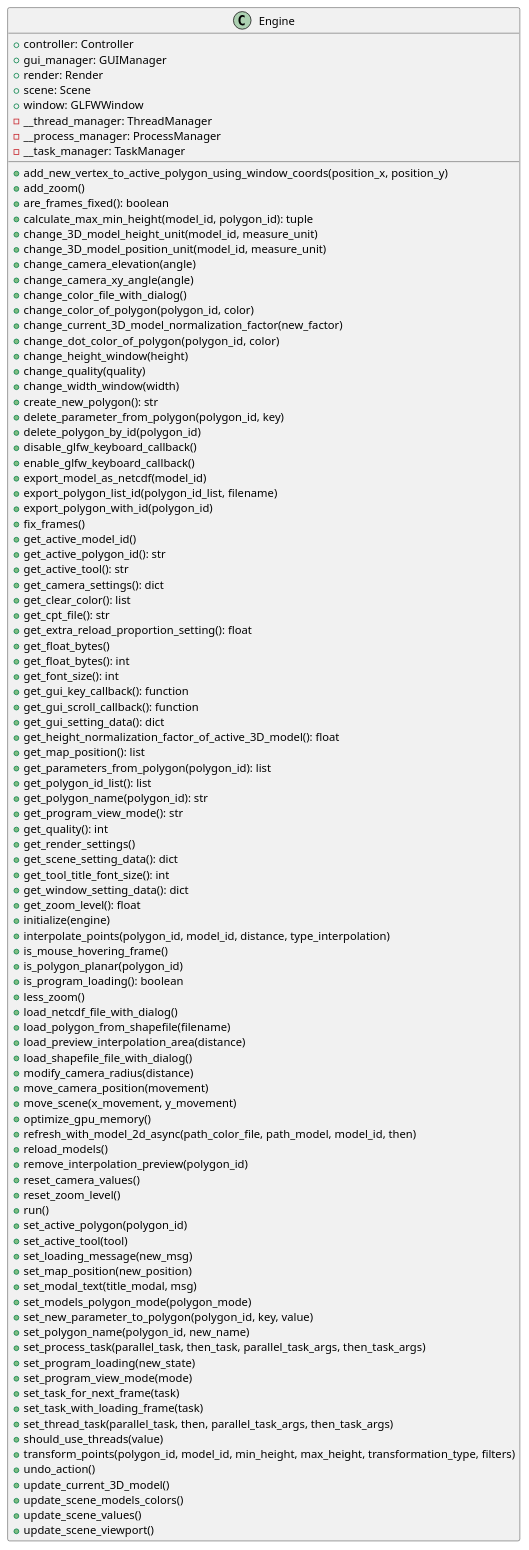
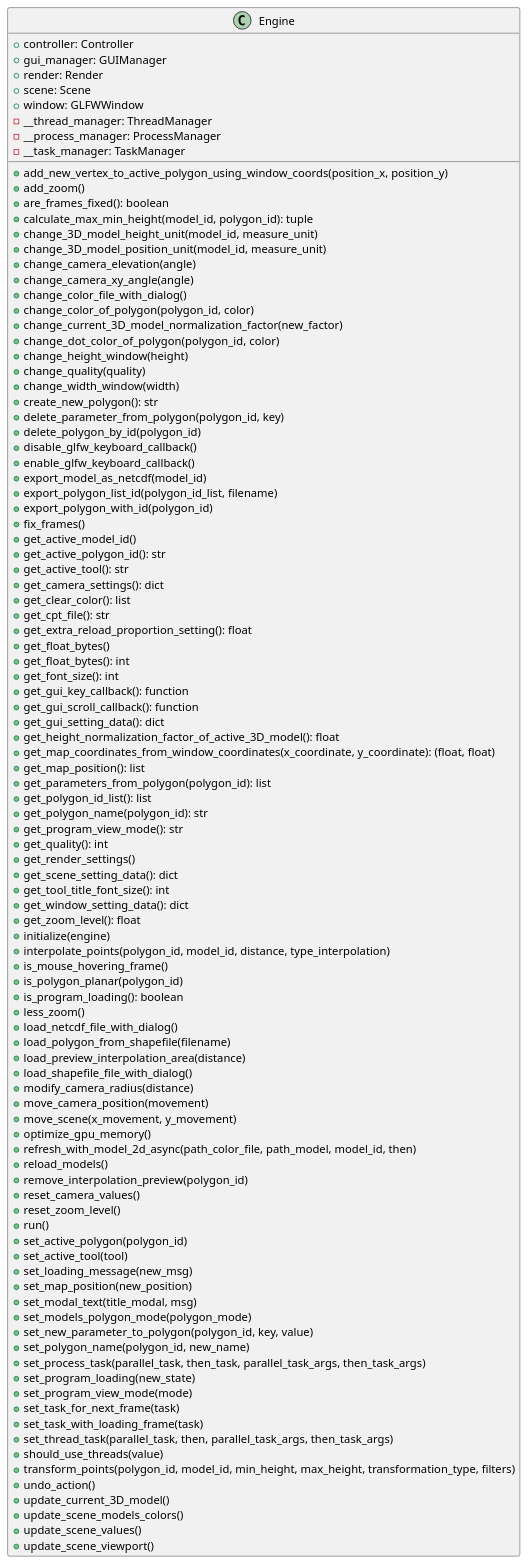
Before and after one commit to ferpoble2/Relief_Creator: the diagram in docs/classes/Engine.puml, drawn with PlantUML.

Commit message:
Updated engine puml file

```diff
--- a/docs/classes/Engine.puml
+++ b/docs/classes/Engine.puml
@@ -1,104 +1,105 @@
 @startuml
 class Engine {
     + controller: Controller
     + gui_manager: GUIManager
     + render: Render
     + scene: Scene
     + window: GLFWWindow
     - __thread_manager: ThreadManager
     - __process_manager: ProcessManager
     - __task_manager: TaskManager
 
     + add_new_vertex_to_active_polygon_using_window_coords(position_x, position_y)
     + add_zoom()
     + are_frames_fixed(): boolean
     + calculate_max_min_height(model_id, polygon_id): tuple
     + change_3D_model_height_unit(model_id, measure_unit)
     + change_3D_model_position_unit(model_id, measure_unit)
     + change_camera_elevation(angle)
     + change_camera_xy_angle(angle)
     + change_color_file_with_dialog()
     + change_color_of_polygon(polygon_id, color)
     + change_current_3D_model_normalization_factor(new_factor)
     + change_dot_color_of_polygon(polygon_id,  color)
     + change_height_window(height)
     + change_quality(quality)
     + change_width_window(width)
     + create_new_polygon(): str
     + delete_parameter_from_polygon(polygon_id, key)
     + delete_polygon_by_id(polygon_id)
     + disable_glfw_keyboard_callback()
     + enable_glfw_keyboard_callback()
     + export_model_as_netcdf(model_id)
     + export_polygon_list_id(polygon_id_list, filename)
     + export_polygon_with_id(polygon_id)
     + fix_frames()
     + get_active_model_id()
     + get_active_polygon_id(): str
     + get_active_tool(): str
     + get_camera_settings(): dict
     + get_clear_color(): list
     + get_cpt_file(): str
     + get_extra_reload_proportion_setting(): float
     + get_float_bytes()
     + get_float_bytes(): int
     + get_font_size(): int
     + get_gui_key_callback(): function
     + get_gui_scroll_callback(): function
     + get_gui_setting_data(): dict
     + get_height_normalization_factor_of_active_3D_model(): float
+    + get_map_coordinates_from_window_coordinates(x_coordinate, y_coordinate): (float, float)
     + get_map_position(): list
     + get_parameters_from_polygon(polygon_id): list
     + get_polygon_id_list(): list
     + get_polygon_name(polygon_id): str
     + get_program_view_mode(): str
     + get_quality(): int
     + get_render_settings()
     + get_scene_setting_data(): dict
     + get_tool_title_font_size(): int
     + get_window_setting_data(): dict
     + get_zoom_level(): float
     + initialize(engine)
     + interpolate_points(polygon_id, model_id, distance, type_interpolation)
     + is_mouse_hovering_frame()
     + is_polygon_planar(polygon_id)
     + is_program_loading(): boolean
     + less_zoom()
     + load_netcdf_file_with_dialog()
     + load_polygon_from_shapefile(filename)
     + load_preview_interpolation_area(distance)
     + load_shapefile_file_with_dialog()
     + modify_camera_radius(distance)
     + move_camera_position(movement)
     + move_scene(x_movement, y_movement)
     + optimize_gpu_memory()
     + refresh_with_model_2d_async(path_color_file, path_model, model_id, then)
     + reload_models()
     + remove_interpolation_preview(polygon_id)
     + reset_camera_values()
     + reset_zoom_level()
     + run()
     + set_active_polygon(polygon_id)
     + set_active_tool(tool)
     + set_loading_message(new_msg)
     + set_map_position(new_position)
     + set_modal_text(title_modal, msg)
     + set_models_polygon_mode(polygon_mode)
     + set_new_parameter_to_polygon(polygon_id, key, value)
     + set_polygon_name(polygon_id, new_name)
     + set_process_task(parallel_task, then_task, parallel_task_args, then_task_args)
     + set_program_loading(new_state)
     + set_program_view_mode(mode)
     + set_task_for_next_frame(task)
     + set_task_with_loading_frame(task)
     + set_thread_task(parallel_task, then, parallel_task_args, then_task_args)
     + should_use_threads(value)
     + transform_points(polygon_id, model_id, min_height, max_height, transformation_type, filters)
     + undo_action()
     + update_current_3D_model()
     + update_scene_models_colors()
     + update_scene_values()
     + update_scene_viewport()
 }
 
 @enduml
```
